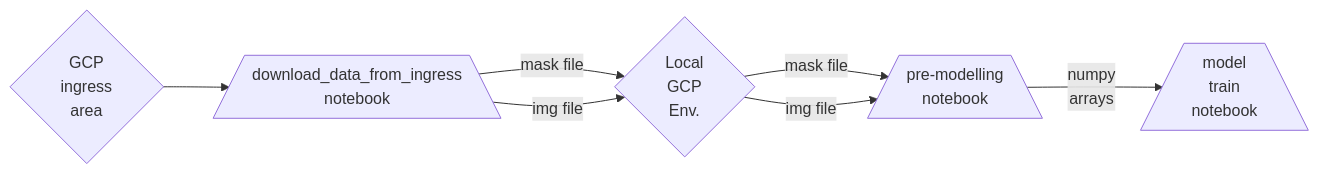
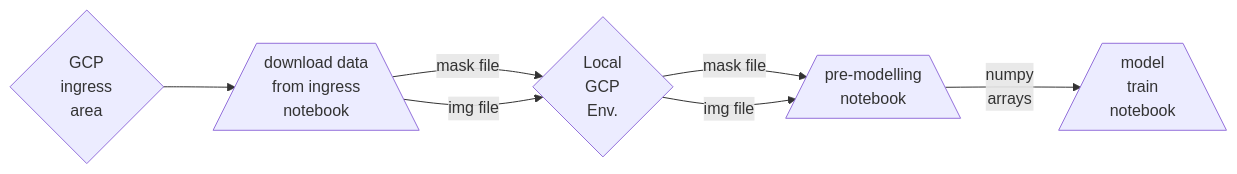
Before and after one commit to datasciencecampus/somalia_census_support_public_application: the second of 2 diagrams in README.md, drawn with Mermaid. The commit also changed other lines of this file, not shown here.

Commit message:
updated data ingress section

````diff
--- a/README.md
+++ b/README.md
@@ -38,10 +38,10 @@
 ```mermaid
 flowchart LR
-    ingress{GCP<br>ingress<br>area}-->download[/download_data_from_ingress<br>notebook\]
+    ingress{GCP<br>ingress<br>area}-->download[/download data<br>from ingress<br>notebook\]
     download-->|mask file|local
     download-->|img file|local
     local{Local<br>GCP<br>Env.}-->|mask file|processing[/pre-modelling<br>notebook\]
     local{Local<br>GCP<br>Env.}-->|img file|processing[/pre-modelling<br>notebook\]
     processing-->|numpy<br>arrays|train[/model<br>train<br>notebook\]
 
 ```
````
